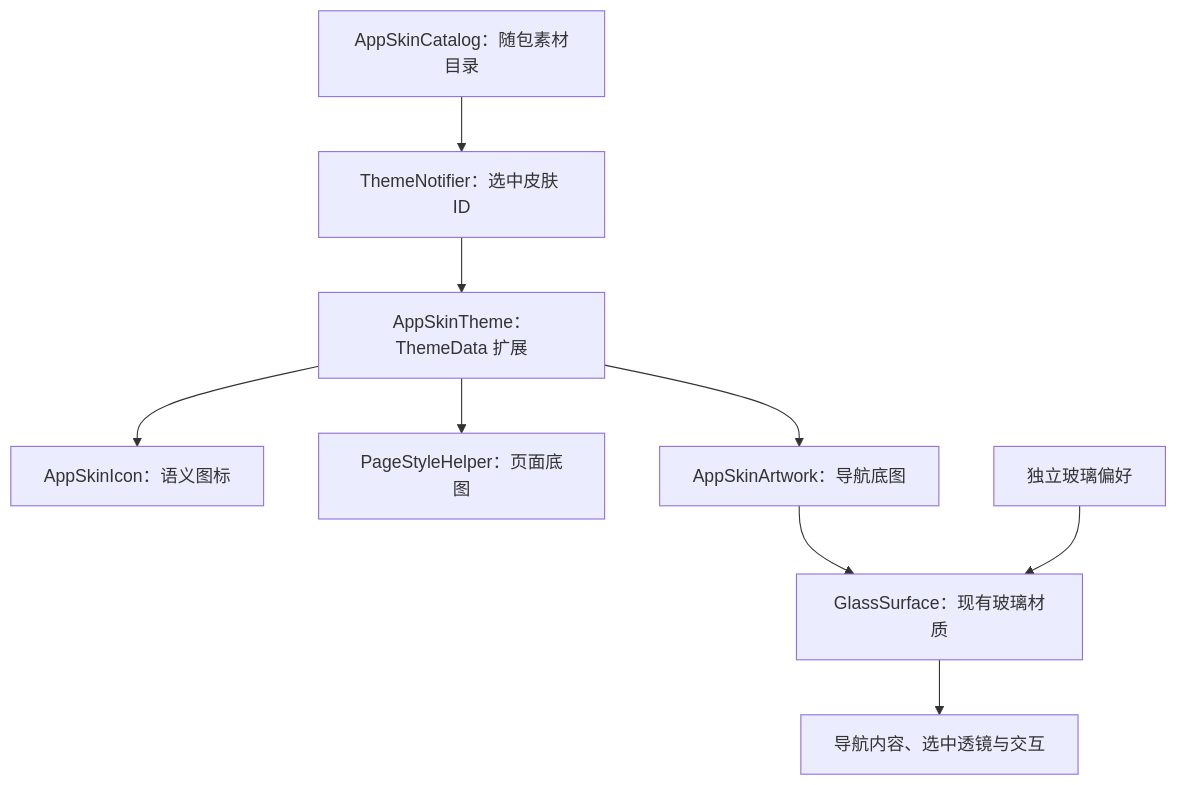
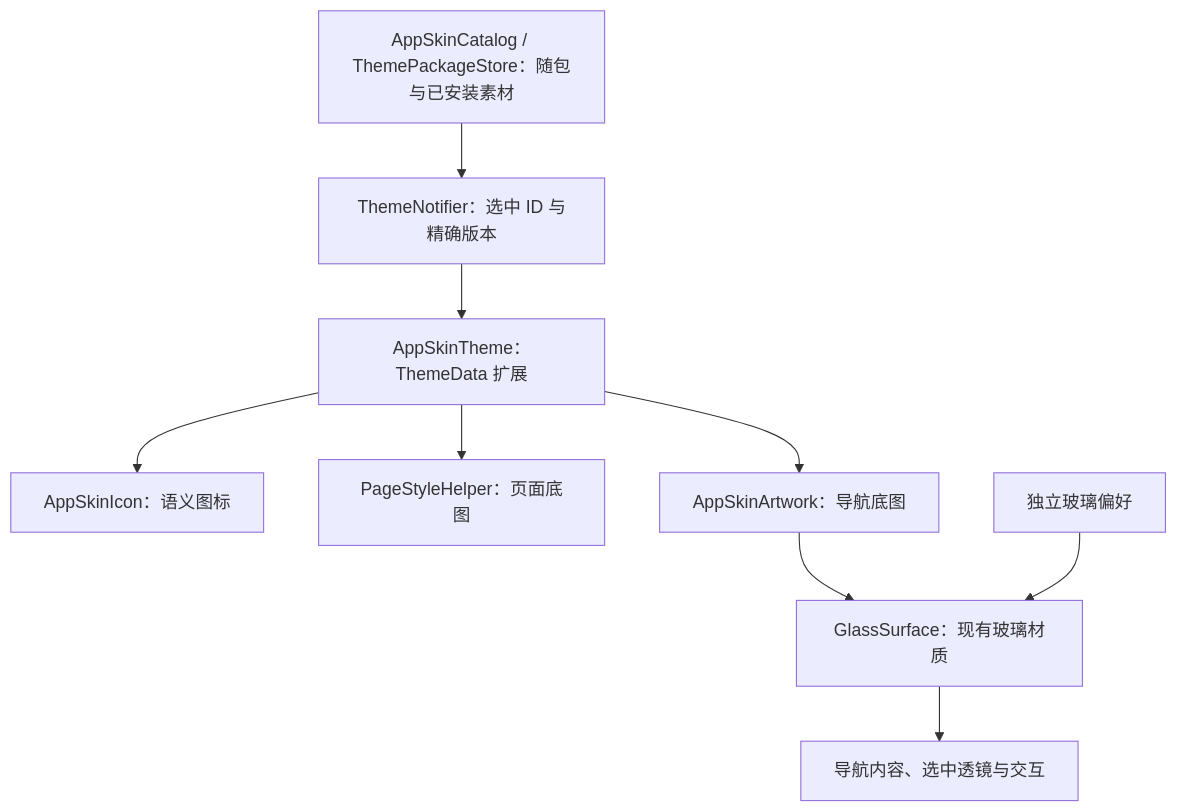
The diagram in docs/app-skins.md (miloquinn/origo-x-neo), drawn with Mermaid before and after one commit. The commit also changed other lines of this file and 281 other files, not shown here.

````diff
--- a/docs/app-skins.md
+++ b/docs/app-skins.md
@@ -16,11 +16,11 @@
 ```mermaid
 flowchart TD
-    Catalog[AppSkinCatalog：随包素材目录] --> State[ThemeNotifier：选中皮肤 ID]
+    Catalog[AppSkinCatalog / ThemePackageStore：随包与已安装素材] --> State[ThemeNotifier：选中 ID 与精确版本]
     State --> Theme[AppSkinTheme：ThemeData 扩展]
     Theme --> Icons[AppSkinIcon：语义图标]
     Theme --> Pages[PageStyleHelper：页面底图]
     Theme --> Artwork[AppSkinArtwork：导航底图]
     Artwork --> Glass[GlassSurface：现有玻璃材质]
     Glass --> Navigation[导航内容、选中透镜与交互]
     Settings[独立玻璃偏好] --> Glass
 ```
````
